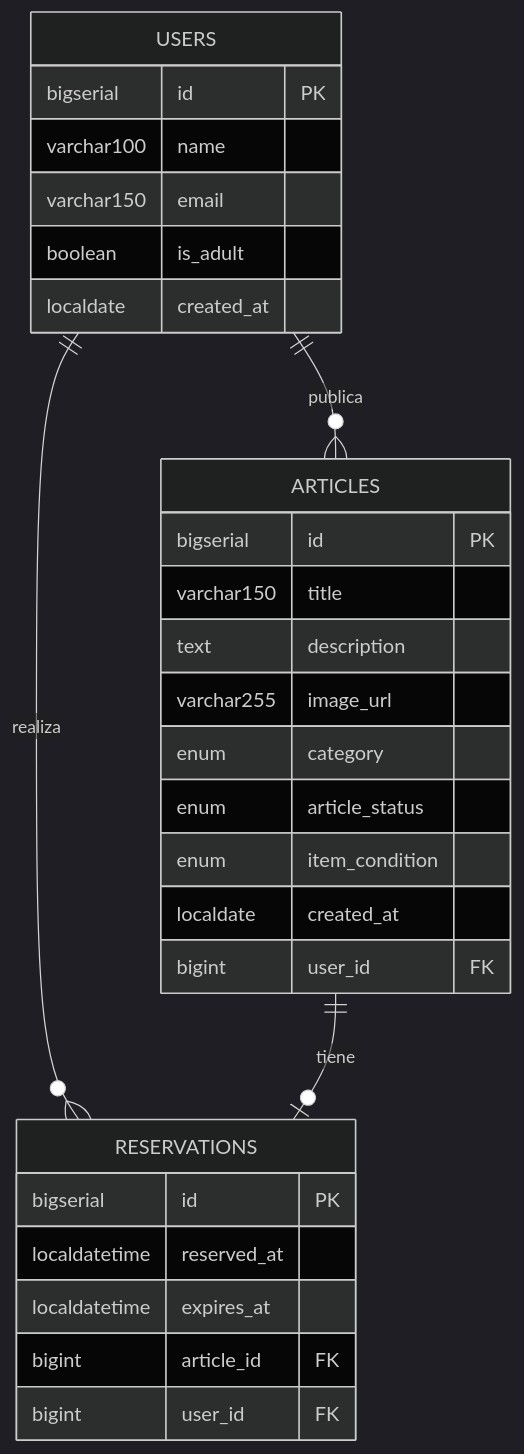
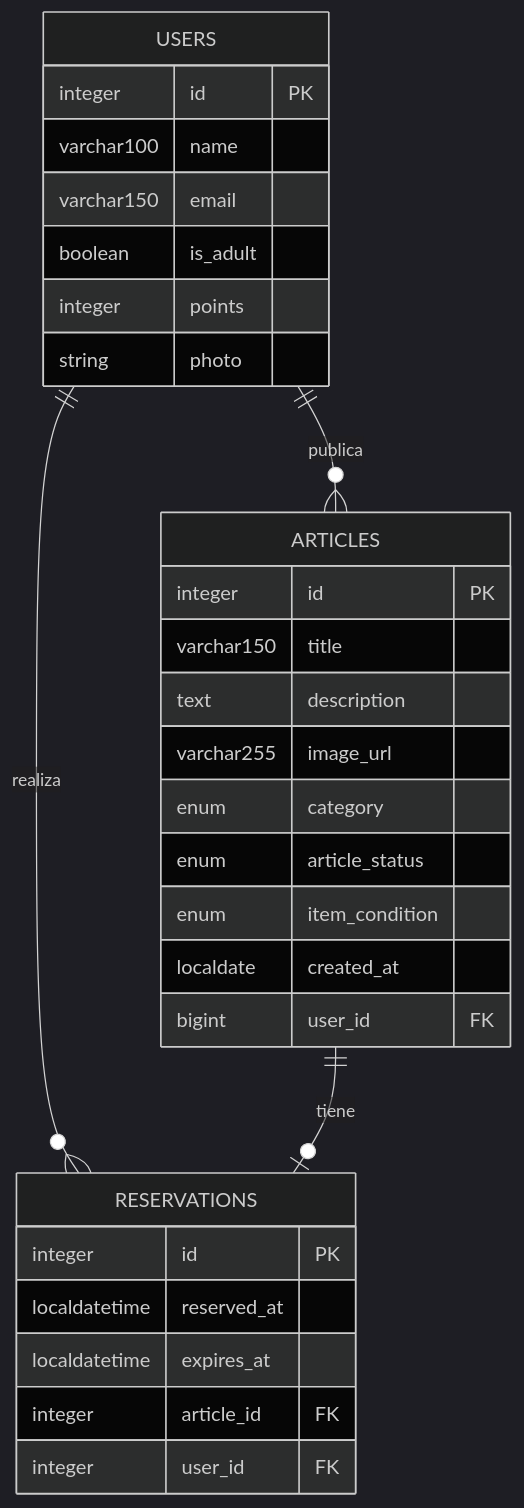
The diagram in src/main/resources/Diagramma_entidades.mmd (Re-Wear-Swap/Backend), drawn with Mermaid (dark theme) before and after one commit. The commit also changed 1 other file, not shown here.

Commit message:
fix: updates on UserFlow, Diagramma Entidades

```diff
--- a/src/main/resources/Diagramma_entidades.mmd
+++ b/src/main/resources/Diagramma_entidades.mmd
@@ -1,33 +1,34 @@
 erDiagram
 
     USERS {
-        bigserial       id              PK
+        integer         id              PK
         varchar100      name
         varchar150      email
         boolean         is_adult
-        localdate       created_at
+        integer         points
+        string          photo
     }
 
     ARTICLES {
-        bigserial       id              PK
+        integer         id              PK
         varchar150      title
         text            description
         varchar255      image_url
         enum            category
         enum            article_status
         enum            item_condition
         localdate       created_at
         bigint          user_id         FK
     }
 
     RESERVATIONS {
-        bigserial       id              PK
+        integer         id              PK
         localdatetime   reserved_at
         localdatetime   expires_at
-        bigint          article_id      FK
-        bigint          user_id         FK
+        integer         article_id      FK
+        integer         user_id         FK
     }
 
     USERS      ||--o{ ARTICLES     : "publica"
     USERS      ||--o{ RESERVATIONS : "realiza"
     ARTICLES   ||--o| RESERVATIONS : "tiene"
```
